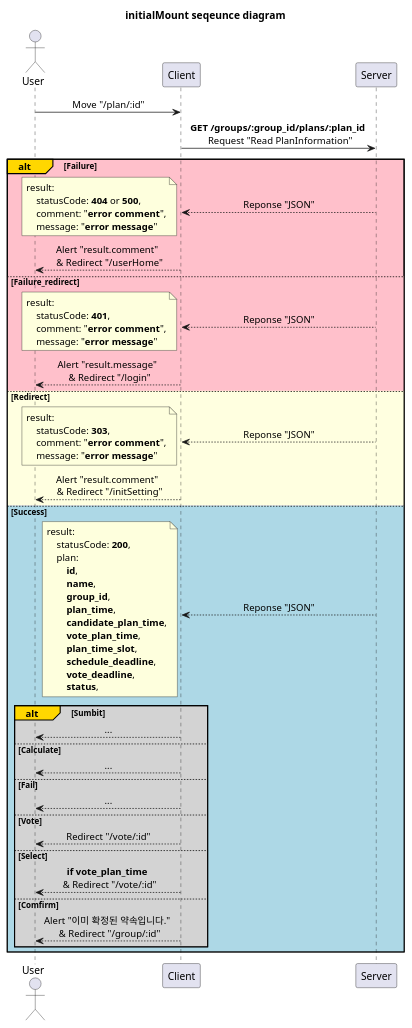
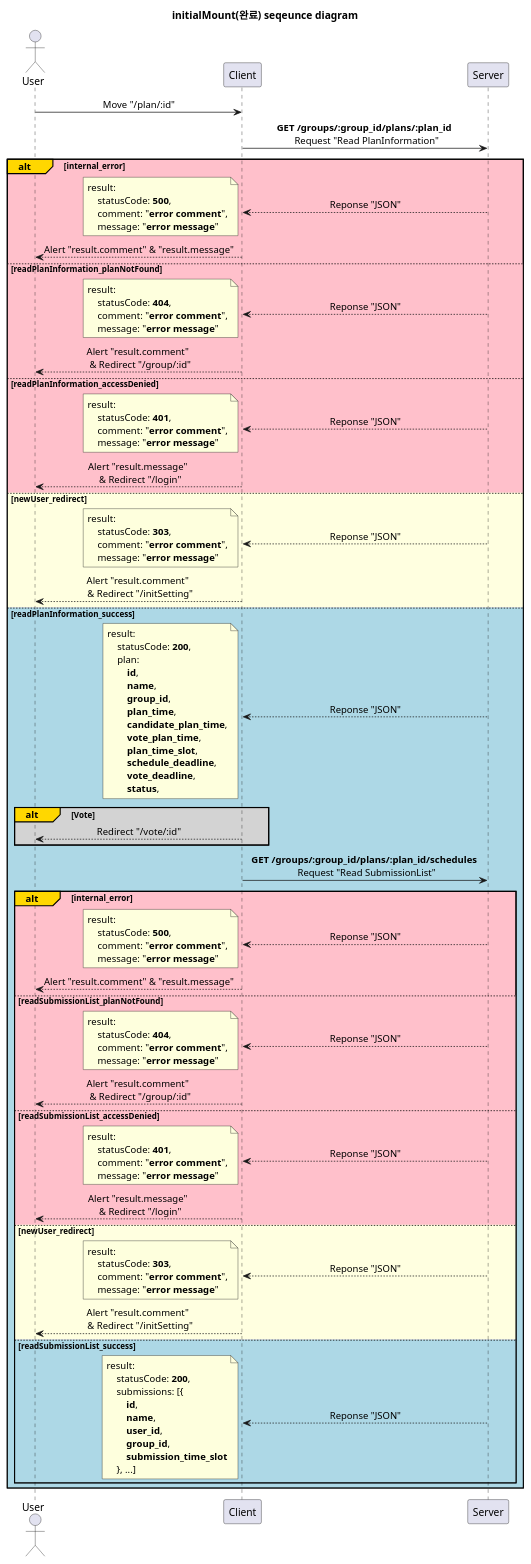
The diagram in diagram/plan_page/initialMount.puml (devSeungBin/SSCS), drawn with PlantUML before and after one commit. The commit also changed 15 other files, not shown here.

```diff
--- a/diagram/plan_page/initialMount.puml
+++ b/diagram/plan_page/initialMount.puml
@@ -1,85 +1,138 @@
-@startuml initialMount
+@startuml initialMount(완료)
 'http://localhost:3000/plan/:id
 
-title initialMount seqeunce diagram
+title initialMount(완료) seqeunce diagram
 
 skinparam SequenceMessageAlignment center
 
 participant Server order 30
 participant Client order 20
 actor User order 10
 
 User -> Client: Move "/plan/:id"
 
 Client -> Server: **GET /groups/:group_id/plans/:plan_id** \n Request "Read PlanInformation"
 
-alt#Gold #Pink Failure
+alt#Gold #Pink internal_error
     Client <-- Server: Reponse "JSON"
     note left
         result:
-            statusCode: **404** or **500**,
+            statusCode: **500**,
             comment: "**error comment**",
             message: "**error message**"
     end note
-    User <-- Client: Alert "result.comment" \n & Redirect "/userHome"
+    User <-- Client: Alert "result.comment" & "result.message"
 
-else #Pink Failure_redirect
+else #Pink readPlanInformation_planNotFound
+    Client <-- Server: Reponse "JSON"
+    note left
+        result:
+            statusCode: **404**,
+            comment: "**error comment**",
+            message: "**error message**"
+    end note
+    User <-- Client: Alert "result.comment" \n & Redirect "/group/:id"
+
+else #Pink readPlanInformation_accessDenied
     Client <-- Server: Reponse "JSON"
     note left
         result:
             statusCode: **401**,
             comment: "**error comment**",
             message: "**error message**"
     end note
     User <-- Client: Alert "result.message" \n & Redirect "/login"
 
-else #LightYellow Redirect
+else #LightYellow newUser_redirect
     Client <-- Server: Reponse "JSON"
     note left
         result:
             statusCode: **303**,
             comment: "**error comment**",
             message: "**error message**"
     end note
     User <-- Client: Alert "result.comment" \n & Redirect "/initSetting"
 
-else #LightBlue Success
+else #LightBlue readPlanInformation_success
     Client <-- Server: Reponse "JSON"
     note left
         result:
             statusCode: **200**,
             plan:
                 **id**,
                 **name**,
                 **group_id**,
                 **plan_time**,
                 **candidate_plan_time**,
                 **vote_plan_time**,
                 **plan_time_slot**,
                 **schedule_deadline**,
                 **vote_deadline**,
                 **status**,
     end note
-    alt#Gold #LightGray Sumbit
-        User <-- Client: ...
-
-    else #LightGray Calculate
-        User <-- Client: ...
-
-    else #LightGray Fail
-        User <-- Client: ...
-
-    else #LightGray Vote
+    alt#Gold #LightGray Vote
         User <-- Client: Redirect "/vote/:id"
 
-    else #LightGray Select
-        User <-- Client: **if vote_plan_time** \n & Redirect "/vote/:id"
+    end
 
-    else #LightGray Comfirm
-        User <-- Client: Alert "이미 확정된 약속입니다." \n & Redirect "/group/:id"
+    Client -> Server: **GET /groups/:group_id/plans/:plan_id/schedules** \n Request "Read SubmissionList"
+
+    alt#Gold #Pink internal_error
+        Client <-- Server: Reponse "JSON"
+        note left
+            result:
+                statusCode: **500**,
+                comment: "**error comment**",
+                message: "**error message**"
+        end note
+        User <-- Client: Alert "result.comment" & "result.message"
+
+    else #Pink readSubmissionList_planNotFound
+        Client <-- Server: Reponse "JSON"
+        note left
+            result:
+                statusCode: **404**,
+                comment: "**error comment**",
+                message: "**error message**"
+        end note
+        User <-- Client: Alert "result.comment" \n & Redirect "/group/:id"
+
+    else #Pink readSubmissionList_accessDenied
+        Client <-- Server: Reponse "JSON"
+        note left
+            result:
+                statusCode: **401**,
+                comment: "**error comment**",
+                message: "**error message**"
+        end note
+        User <-- Client: Alert "result.message" \n & Redirect "/login"
+
+    else #LightYellow newUser_redirect
+        Client <-- Server: Reponse "JSON"
+        note left
+            result:
+                statusCode: **303**,
+                comment: "**error comment**",
+                message: "**error message**"
+        end note
+        User <-- Client: Alert "result.comment" \n & Redirect "/initSetting"
+
+    else #LightBlue readSubmissionList_success
+        Client <-- Server: Reponse "JSON"
+        note left
+            result:
+                statusCode: **200**,
+                submissions: [{
+                    **id**,
+                    **name**,
+                    **user_id**,
+                    **group_id**,
+                    **submission_time_slot**
+                }, ...]
+        end note
 
     end
 
 end
 
 @enduml
```
